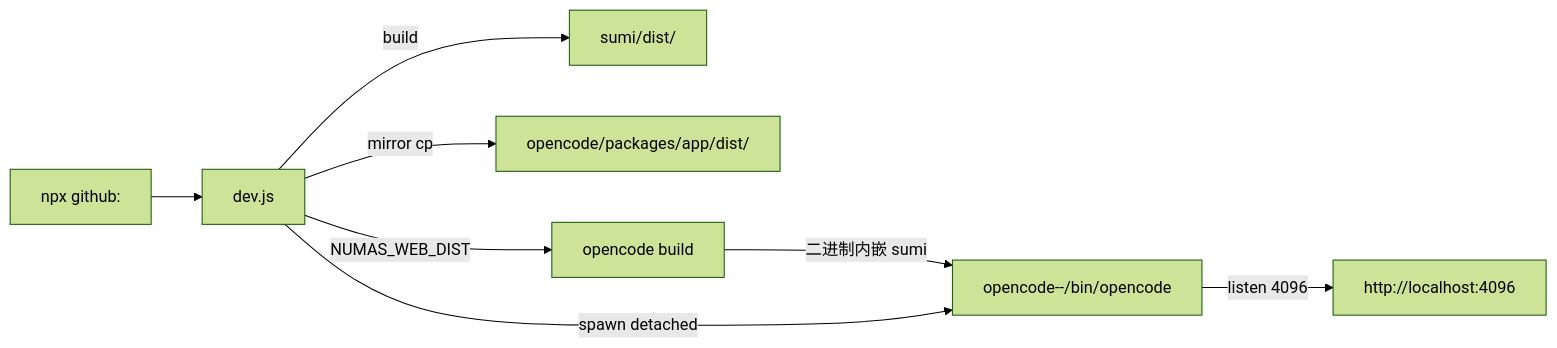
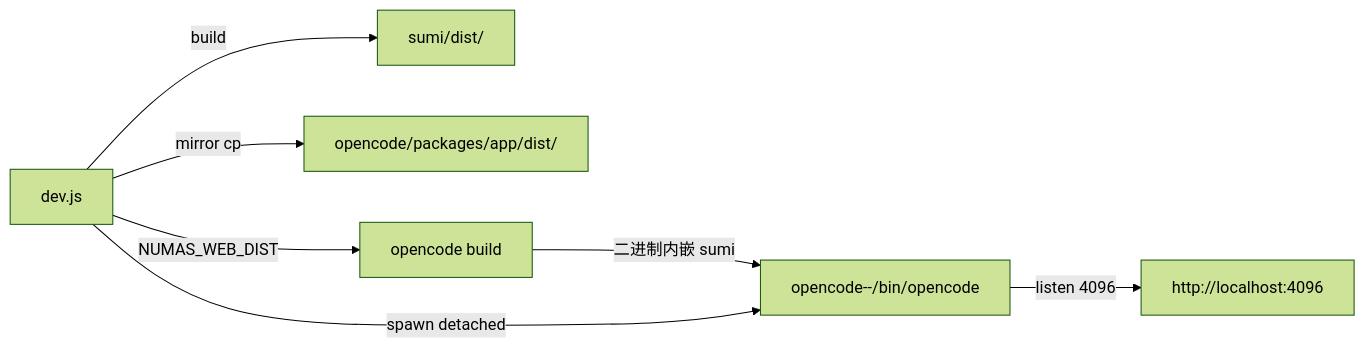
Before and after one commit to weizuxiao911/magicbook: the diagram in README.md, drawn with Mermaid (forest theme). The commit also changed other lines of this file and 4 other files, not shown here.

````diff
--- a/README.md
+++ b/README.md
@@ -93,10 +90,9 @@
 ```mermaid
 graph LR
-  User["npx github:"] --> Dev["dev.js"]
-  Dev -->|"build"|SumiBuild["sumi/dist/"]
-  Dev -->|"mirror cp"|AppDist["opencode/packages/app/dist/"]
-  Dev -->|"NUMAS_WEB_DIST"|OcBuild["opencode build"]
-  OcBuild -->|"二进制内嵌 sumi"|OcBin["opencode-<os>-<arch>/bin/opencode"]
-  Dev -->|"spawn detached"|OcBin
-  OcBin -->|"listen 4096"|Browser["http://localhost:4096"]
+  Dev["dev.js"] -->|"build"| SumiDist["sumi/dist/"]
+  Dev -->|"mirror cp"| AppDist["opencode/packages/app/dist/"]
+  Dev -->|"NUMAS_WEB_DIST"| OcBuild["opencode build"]
+  OcBuild -->|"二进制内嵌 sumi"| OcBin["opencode-<os>-<arch>/bin/opencode"]
+  Dev -->|"spawn detached"| OcBin
+  OcBin -->|"listen 4096"| Browser["http://localhost:4096"]
 ```
````
